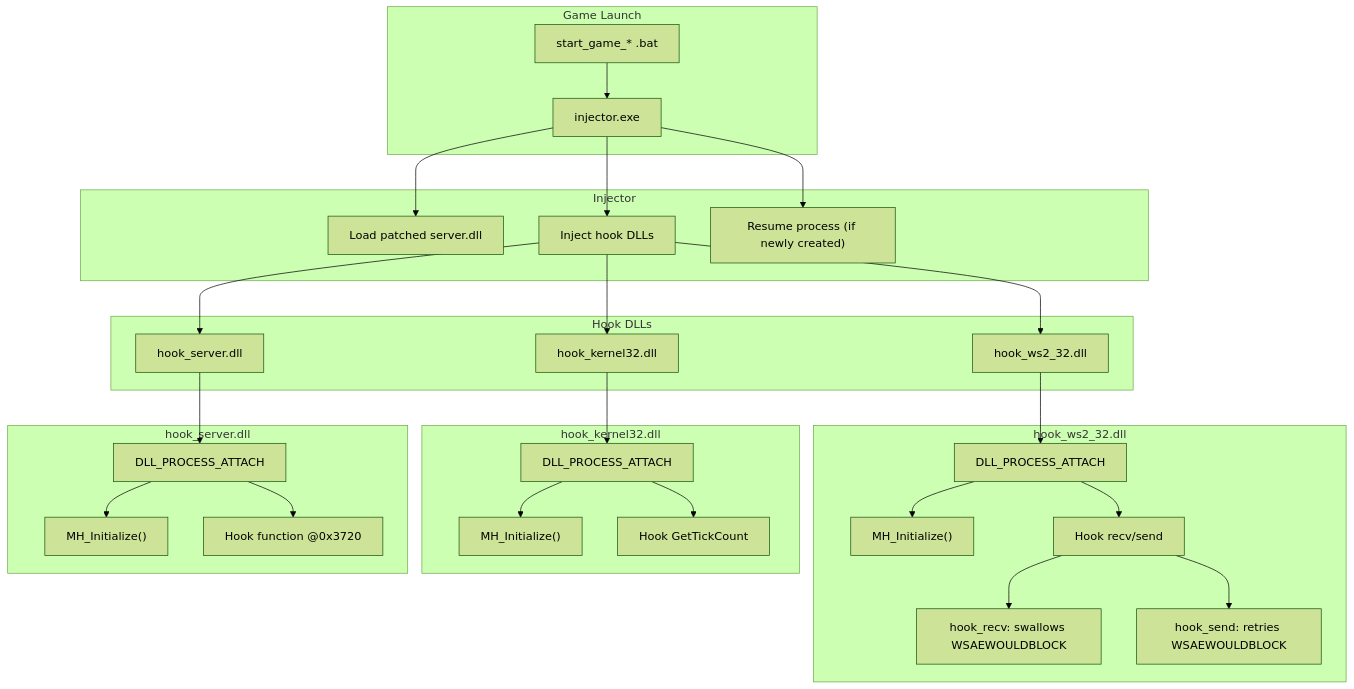
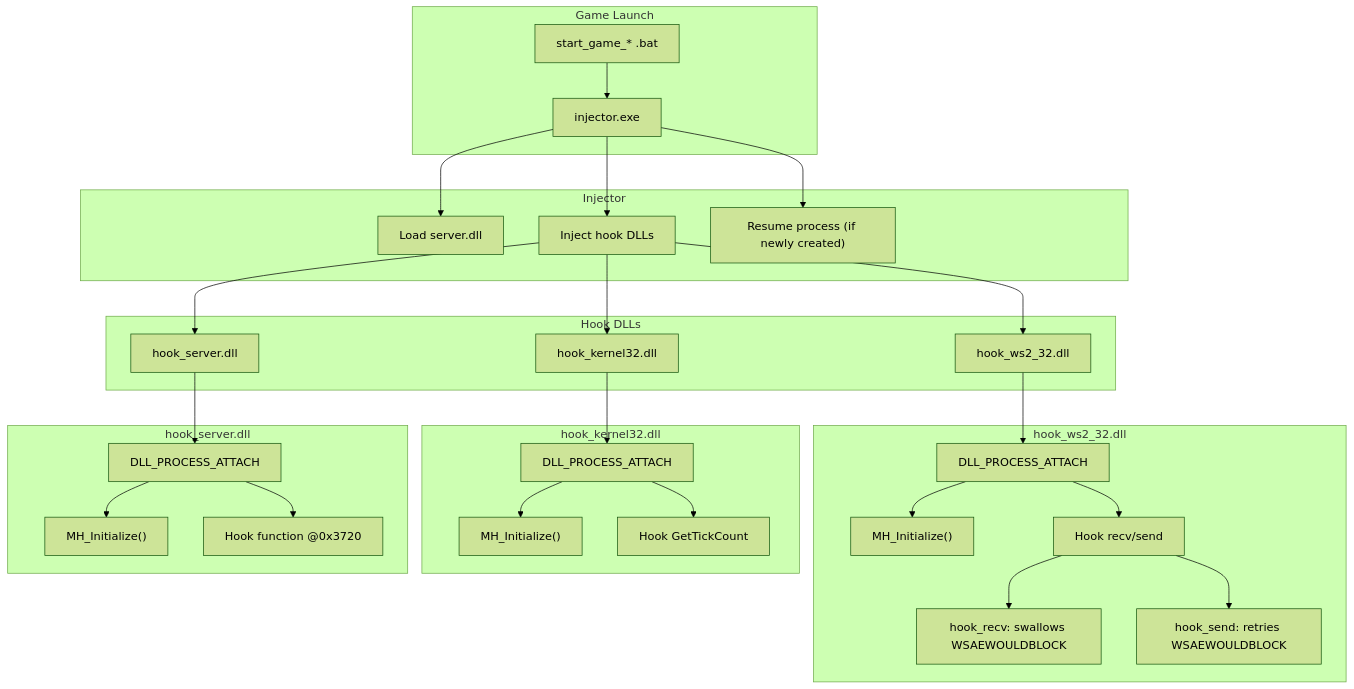
Before and after one commit to maci0/The-Guild-1-HookDLLs: the diagram in docs/hooking.md, drawn with Mermaid (forest theme).

````diff
--- a/docs/hooking.md
+++ b/docs/hooking.md
@@ -5,38 +5,38 @@
 ```mermaid
 flowchart TD
     subgraph Game Launch
         start["start_game_* .bat"] --> injector["injector.exe"]
     end
 
     subgraph Injector
-        injector --> loadServer["Load patched server.dll"]
+        injector --> loadServer["Load server.dll"]
         injector --> loadHooks["Inject hook DLLs"]
         injector --> resume["Resume process (if newly created)"]
     end
 
     subgraph Hook DLLs
         loadHooks --> wsHook["hook_ws2_32.dll"]
         loadHooks --> k32Hook["hook_kernel32.dll"]
         loadHooks --> srvHook["hook_server.dll"]
     end
 
     subgraph wsHookDetails["hook_ws2_32.dll"]
         wsHook --> dllAttachWs["DLL_PROCESS_ATTACH"]
         dllAttachWs --> minhookInitWs["MH_Initialize()"]
         dllAttachWs --> hookRecvSend["Hook recv/send"]
         hookRecvSend --> runRecv["hook_recv: swallows WSAEWOULDBLOCK"]
         hookRecvSend --> runSend["hook_send: retries WSAEWOULDBLOCK"]
     end
 
     subgraph k32HookDetails["hook_kernel32.dll"]
         k32Hook --> dllAttachK32["DLL_PROCESS_ATTACH"]
         dllAttachK32 --> minhookInitK32["MH_Initialize()"]
         dllAttachK32 --> hookTick["Hook GetTickCount"]
     end
 
     subgraph srvHookDetails["hook_server.dll"]
         srvHook --> dllAttachSrv["DLL_PROCESS_ATTACH"]
         dllAttachSrv --> minhookInitSrv["MH_Initialize()"]
         dllAttachSrv --> hookF3720["Hook function @0x3720"]
     end
 ```
````
